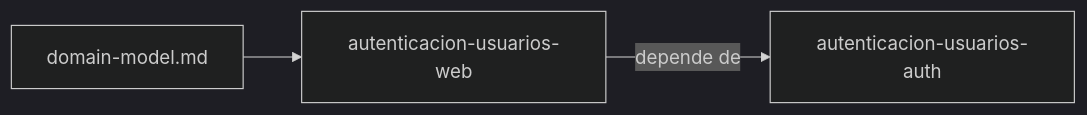
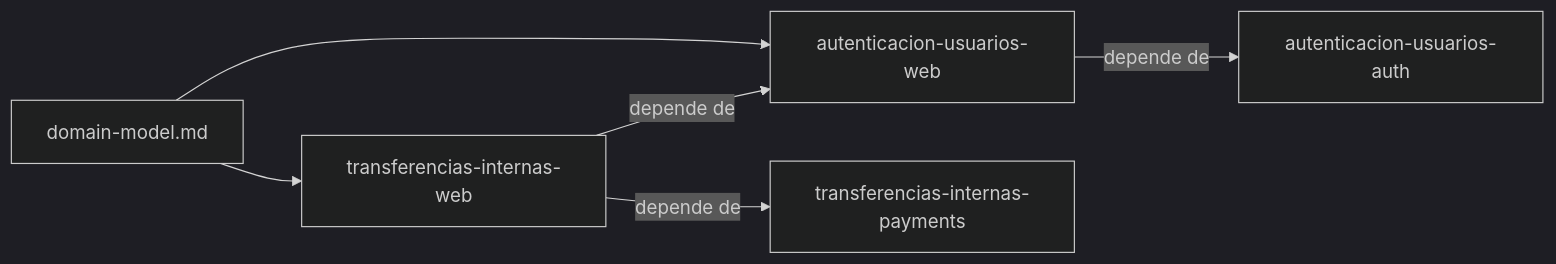
The diagram in .makia/docs/specs/apps/web/INDEX.md (pablo3dev/rueba-pagos-flux-one), drawn with Mermaid (dark theme) before and after one commit. The commit also changed other lines of this file and 1 other file, not shown here.

Commit message:
makia(transferencias-internas-web): spec — summary e índice aprobado

````diff
--- a/.makia/docs/specs/apps/web/INDEX.md
+++ b/.makia/docs/specs/apps/web/INDEX.md
@@ -7,9 +7,14 @@
 ```mermaid
 graph LR
   DM[domain-model.md]
   S1[autenticacion-usuarios-web]
+  S2[transferencias-internas-web]
   AUTH[autenticacion-usuarios-auth]
+  IP[transferencias-internas-payments]
 
   DM --> S1
+  DM --> S2
   S1 -->|depende de| AUTH
+  S2 -->|depende de| S1
+  S2 -->|depende de| IP
 ```
````
